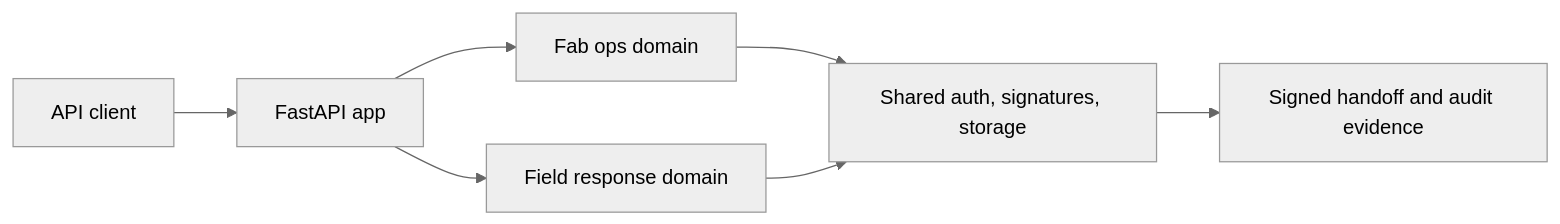
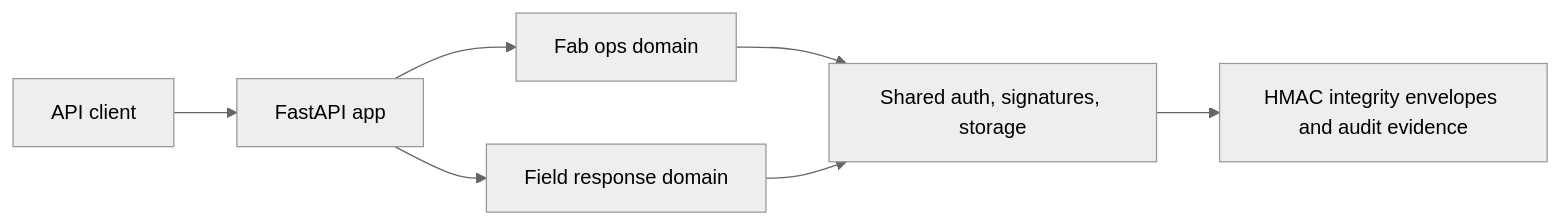
Before and after one commit to KIM3310/fab-ops-yield-control-tower: the diagram in docs/architecture-pack.md, drawn with Mermaid (neutral theme). The commit also changed 47 other files, not shown here.

````diff
--- a/docs/architecture-pack.md
+++ b/docs/architecture-pack.md
@@ -9,9 +9,9 @@
 ```mermaid
 flowchart LR
     Client["API client"] --> FastAPI["FastAPI app"]
     FastAPI --> DomainA["Fab ops domain"]
     FastAPI --> DomainB["Field response domain"]
     DomainA --> Shared["Shared auth, signatures, storage"]
     DomainB --> Shared
-    Shared --> Evidence["Signed handoff and audit evidence"]
+    Shared --> Evidence["HMAC integrity envelopes and audit evidence"]
 ```
````
